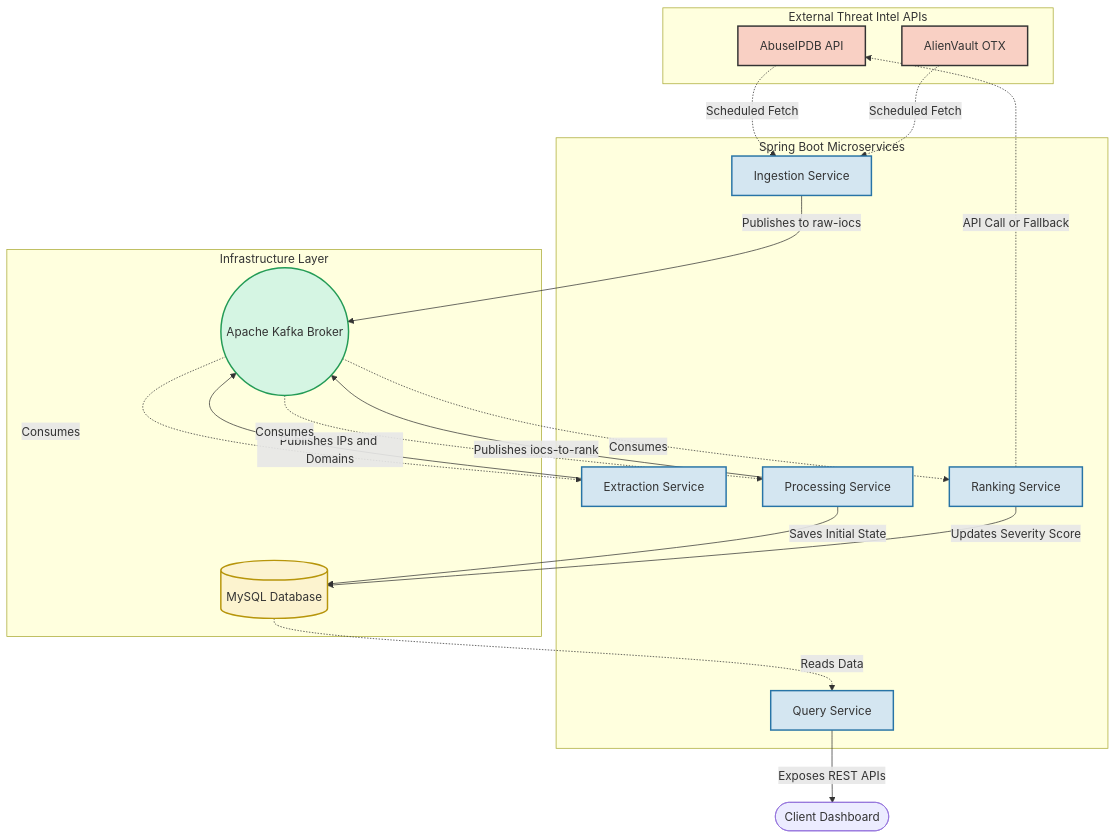
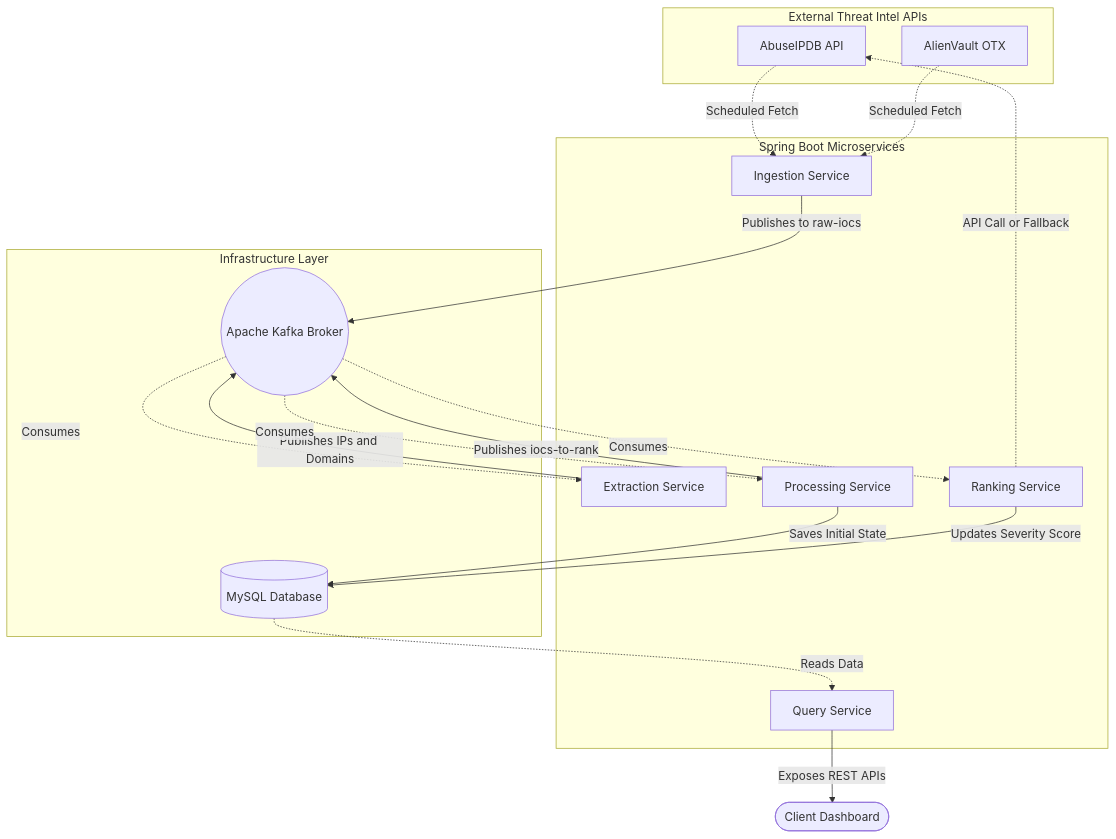
The first of 2 diagrams in README.md (LaibaMumtaz/threat-intel-platform), drawn with Mermaid before and after one commit.

Commit message:
Remove custom colors from Mermaid diagrams for better GitHub rendering

````diff
--- a/README.md
+++ b/README.md
@@ -19,44 +19,39 @@
 ```mermaid
 graph TD
-    classDef external fill:#f9d0c4,stroke:#333,stroke-width:2px;
-    classDef service fill:#d4e6f1,stroke:#2874a6,stroke-width:2px;
-    classDef broker fill:#d5f5e3,stroke:#239b56,stroke-width:2px;
-    classDef db fill:#fcf3cf,stroke:#b7950b,stroke-width:2px;
-
     subgraph APIs [External Threat Intel APIs]
-        AIPDB[AbuseIPDB API]:::external
-        AVOTX[AlienVault OTX]:::external
+        AIPDB[AbuseIPDB API]
+        AVOTX[AlienVault OTX]
     end
 
     subgraph Services [Spring Boot Microservices]
-        IS[Ingestion Service]:::service
-        ES[Extraction Service]:::service
-        PS[Processing Service]:::service
-        RS[Ranking Service]:::service
-        QS[Query Service]:::service
+        IS[Ingestion Service]
+        ES[Extraction Service]
+        PS[Processing Service]
+        RS[Ranking Service]
+        QS[Query Service]
     end
 
     subgraph Infrastructure [Infrastructure Layer]
-        Kafka((Apache Kafka Broker)):::broker
-        DB[(MySQL Database)]:::db
+        Kafka((Apache Kafka Broker))
+        DB[(MySQL Database)]
     end
 
     AIPDB -.->|Scheduled Fetch| IS
     AVOTX -.->|Scheduled Fetch| IS
     
     IS -->|Publishes to raw-iocs| Kafka
     Kafka -.->|Consumes| ES
     
     ES -->|Publishes IPs and Domains| Kafka
     Kafka -.->|Consumes| PS
     
     PS -->|Saves Initial State| DB
     PS -->|Publishes iocs-to-rank| Kafka
     
     Kafka -.->|Consumes| RS
     RS -.->|API Call or Fallback| AIPDB
     RS -->|Updates Severity Score| DB
     
     DB -.->|Reads Data| QS
     QS -->|Exposes REST APIs| Client([Client Dashboard])
 ```
````
